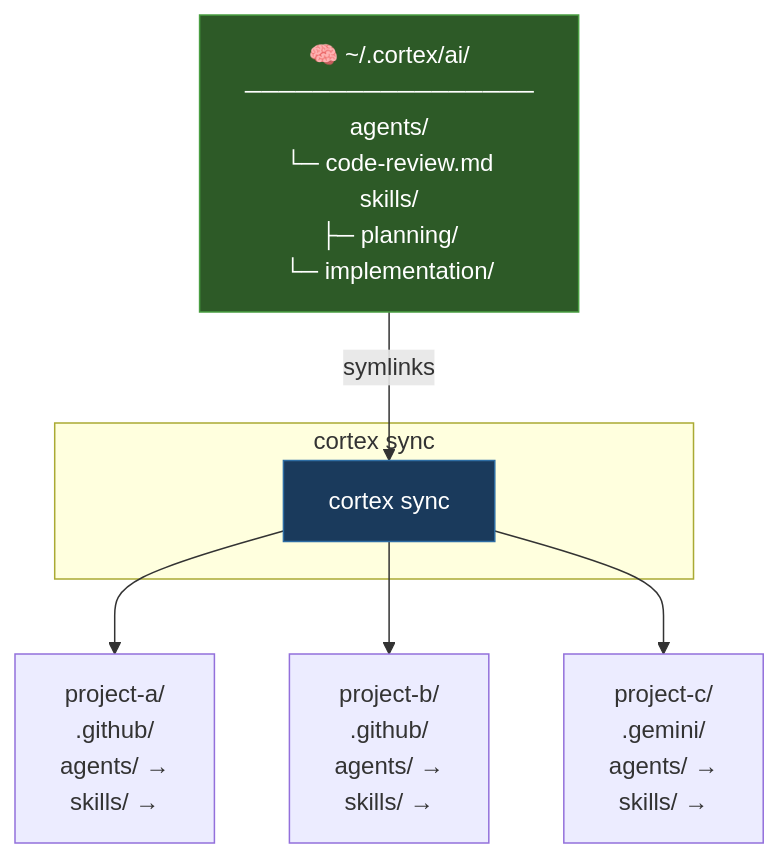
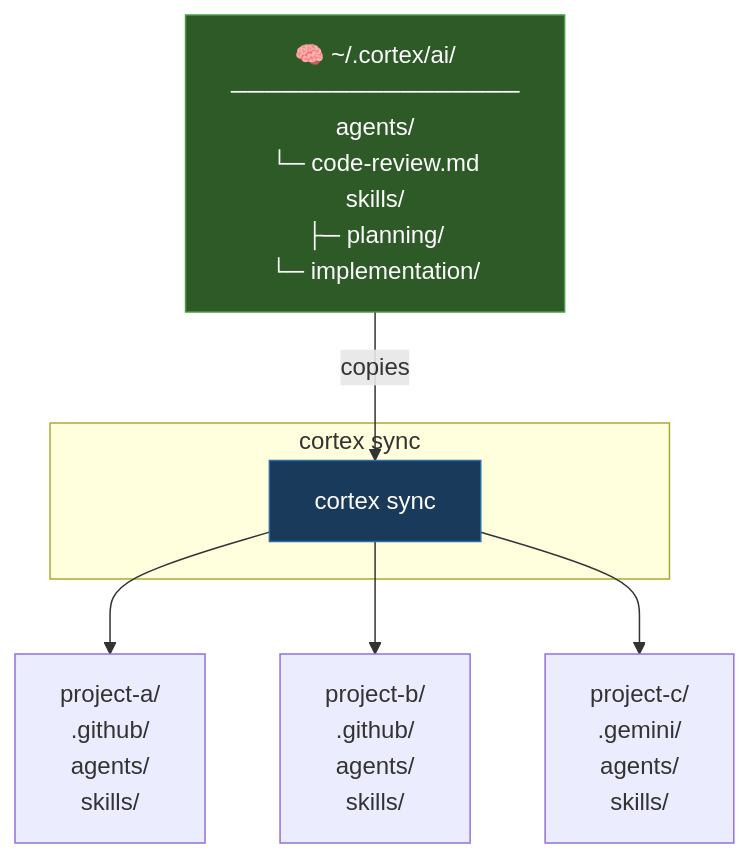
One commit to IgnacioCastro0713/cortex changed the diagram in README.md. Above: the diagram before and after it, drawn with Mermaid. The commit also changed other lines of this file and 26 other files, not shown here.

````diff
--- a/README.md
+++ b/README.md
@@ -91,34 +91,34 @@
 ```mermaid
 graph TB
     Source["🧠 ~/.cortex/ai/
     ─────────────────
     agents/
       └─ code-review.md
     skills/
       ├─ planning/
       └─ implementation/"]
 
     subgraph cortex sync
         CMD["cortex sync"]
     end
 
-    Source -->|symlinks| CMD
+    Source -->|copies| CMD
 
     CMD --> PA["project-a/
     .github/
-      agents/ →
-      skills/ →"]
+      agents/
+      skills/"]
 
     CMD --> PB["project-b/
     .github/
-      agents/ →
-      skills/ →"]
+      agents/
+      skills/"]
 
     CMD --> PC["project-c/
     .gemini/
-      agents/ →
-      skills/ →"]
+      agents/
+      skills/"]
 
     style Source fill:#2d5a27,color:#fff,stroke:#4a9e42
     style CMD fill:#1a3a5c,color:#fff,stroke:#2e6da4
 ```
````
